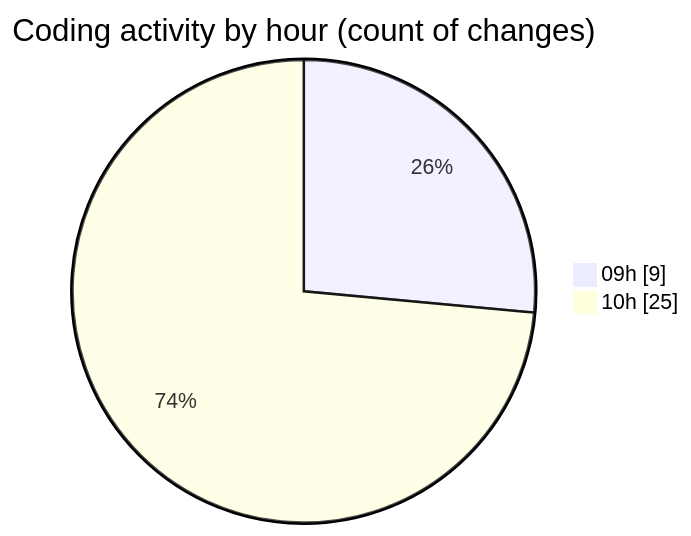
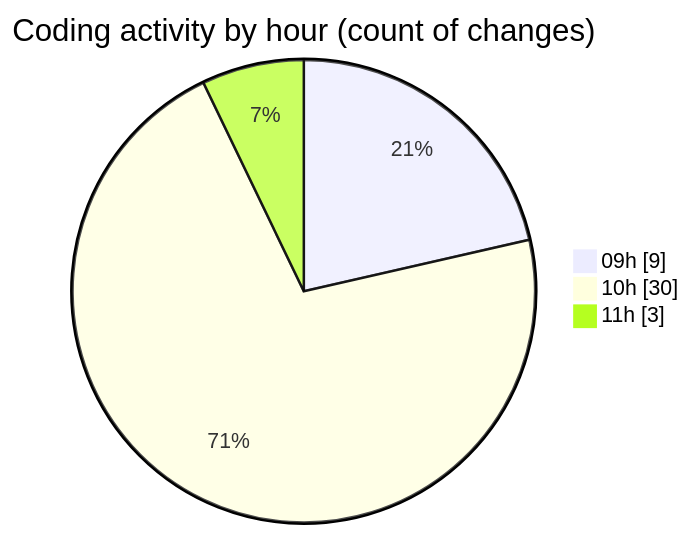
Before and after one commit to momahboobian/code-tracking: the second of 2 diagrams in 2025-02-04/cda/README.md, drawn with Mermaid. The commit also changed other lines of this file and 1 other file, not shown here.

````diff
--- a/2025-02-04/cda/README.md
+++ b/2025-02-04/cda/README.md
@@ -30,6 +30,7 @@
 ```mermaid
 pie showData
 title Coding activity by hour (count of changes)
 "09h" : 9
-"10h" : 25
+"10h" : 30
+"11h" : 3
 ```
````
